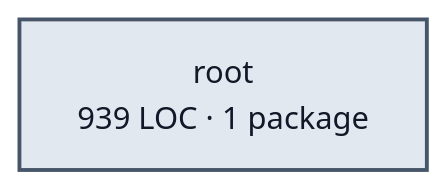
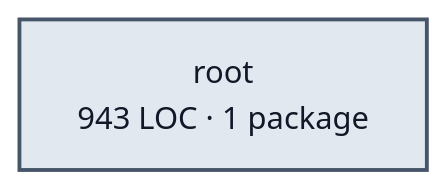
Before and after one commit to portpowered/you-agent-factory: the diagram in docs/architecture/visualizations/services/edges.md, drawn with Mermaid. The commit also changed other lines of this file and 20 other files, not shown here.

Commit message:
docs: refresh backend architecture visualizations

````diff
--- a/docs/architecture/visualizations/services/edges.md
+++ b/docs/architecture/visualizations/services/edges.md
@@ -11,5 +11,5 @@
 ```mermaid
 flowchart LR
-  p0["root<br/>939 LOC · 1 package"]
+  p0["root<br/>943 LOC · 1 package"]
   style p0 fill:#e2e8f0,stroke:#475569,stroke-width:2px,color:#111827
 ```
````
